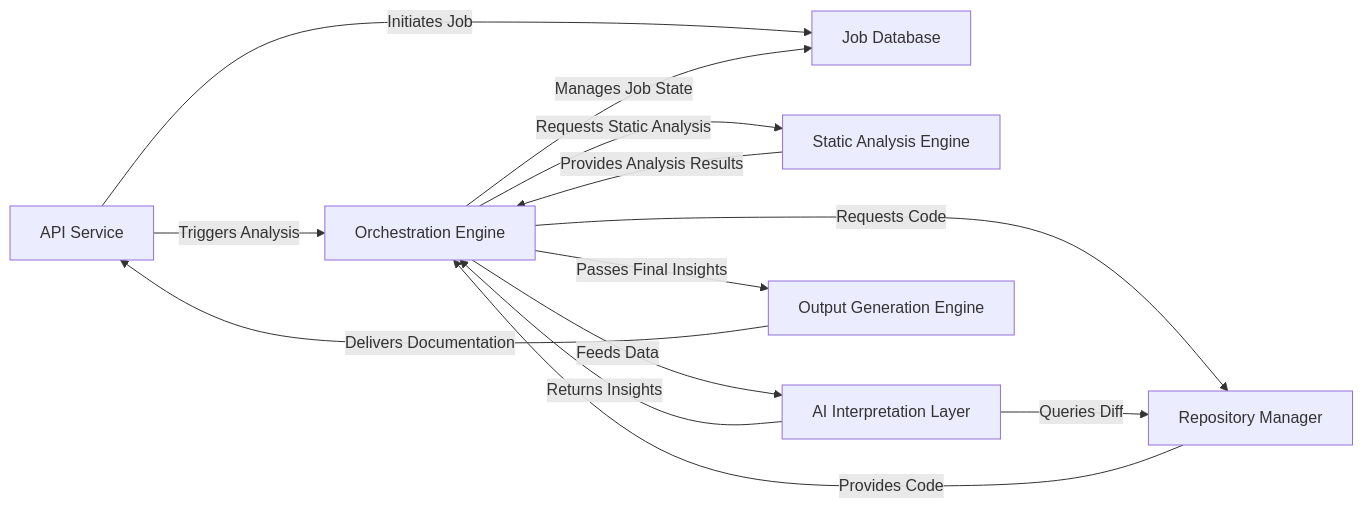
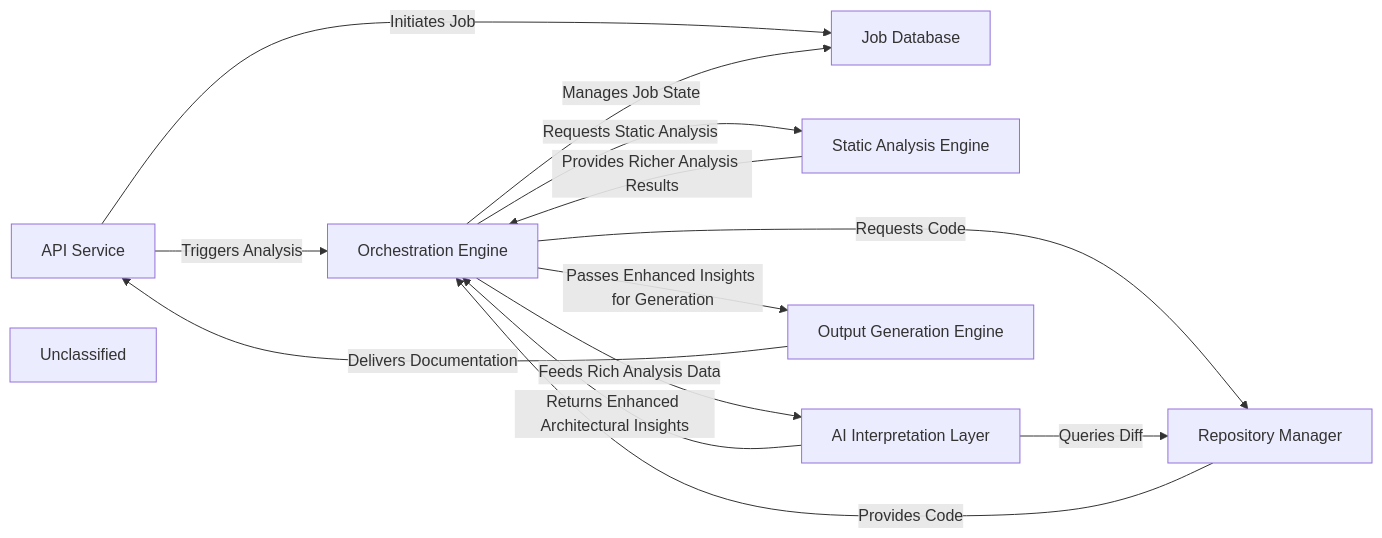
The diagram in CodeBoarding/on_boarding.md (CodeBoarding/GeneratedOnBoardings), drawn with Mermaid before and after one commit. The commit also changed other lines of this file and 31 other files, not shown here.

Commit message:
Uploading onboarding materials for CodeBoarding

````diff
--- a/CodeBoarding/on_boarding.md
+++ b/CodeBoarding/on_boarding.md
@@ -1,28 +1,26 @@
 ```mermaid
 graph LR
     API_Service["API Service"]
     Job_Database["Job Database"]
     Orchestration_Engine["Orchestration Engine"]
     Repository_Manager["Repository Manager"]
     Static_Analysis_Engine["Static Analysis Engine"]
     AI_Interpretation_Layer["AI Interpretation Layer"]
     Output_Generation_Engine["Output Generation Engine"]
+    Unclassified["Unclassified"]
+    Unclassified["Unclassified"]
+    Unclassified["Unclassified"]
+    Unclassified["Unclassified"]
     API_Service -- "Initiates Job" --> Job_Database
     API_Service -- "Triggers Analysis" --> Orchestration_Engine
     Orchestration_Engine -- "Manages Job State" --> Job_Database
     Orchestration_Engine -- "Requests Code" --> Repository_Manager
     Repository_Manager -- "Provides Code" --> Orchestration_Engine
     Orchestration_Engine -- "Requests Static Analysis" --> Static_Analysis_Engine
-    Static_Analysis_Engine -- "Provides Analysis Results" --> Orchestration_Engine
-    Orchestration_Engine -- "Feeds Data" --> AI_Interpretation_Layer
-    AI_Interpretation_Layer -- "Returns Insights" --> Orchestration_Engine
+    Static_Analysis_Engine -- "Provides Richer Analysis Results" --> Orchestration_Engine
+    Orchestration_Engine -- "Feeds Rich Analysis Data" --> AI_Interpretation_Layer
+    AI_Interpretation_Layer -- "Returns Enhanced Architectural Insights" --> Orchestration_Engine
     AI_Interpretation_Layer -- "Queries Diff" --> Repository_Manager
-    Orchestration_Engine -- "Passes Final Insights" --> Output_Generation_Engine
+    Orchestration_Engine -- "Passes Enhanced Insights for Generation" --> Output_Generation_Engine
     Output_Generation_Engine -- "Delivers Documentation" --> API_Service
-    click API_Service href "https://github.com/CodeBoarding/GeneratedOnBoardings/blob/main/CodeBoarding/API_Service.md" "Details"
-    click Orchestration_Engine href "https://github.com/CodeBoarding/GeneratedOnBoardings/blob/main/CodeBoarding/Orchestration_Engine.md" "Details"
-    click Repository_Manager href "https://github.com/CodeBoarding/GeneratedOnBoardings/blob/main/CodeBoarding/Repository_Manager.md" "Details"
-    click Static_Analysis_Engine href "https://github.com/CodeBoarding/GeneratedOnBoardings/blob/main/CodeBoarding/Static_Analysis_Engine.md" "Details"
-    click AI_Interpretation_Layer href "https://github.com/CodeBoarding/GeneratedOnBoardings/blob/main/CodeBoarding/AI_Interpretation_Layer.md" "Details"
-    click Output_Generation_Engine href "https://github.com/CodeBoarding/GeneratedOnBoardings/blob/main/CodeBoarding/Output_Generation_Engine.md" "Details"
 ```
````
